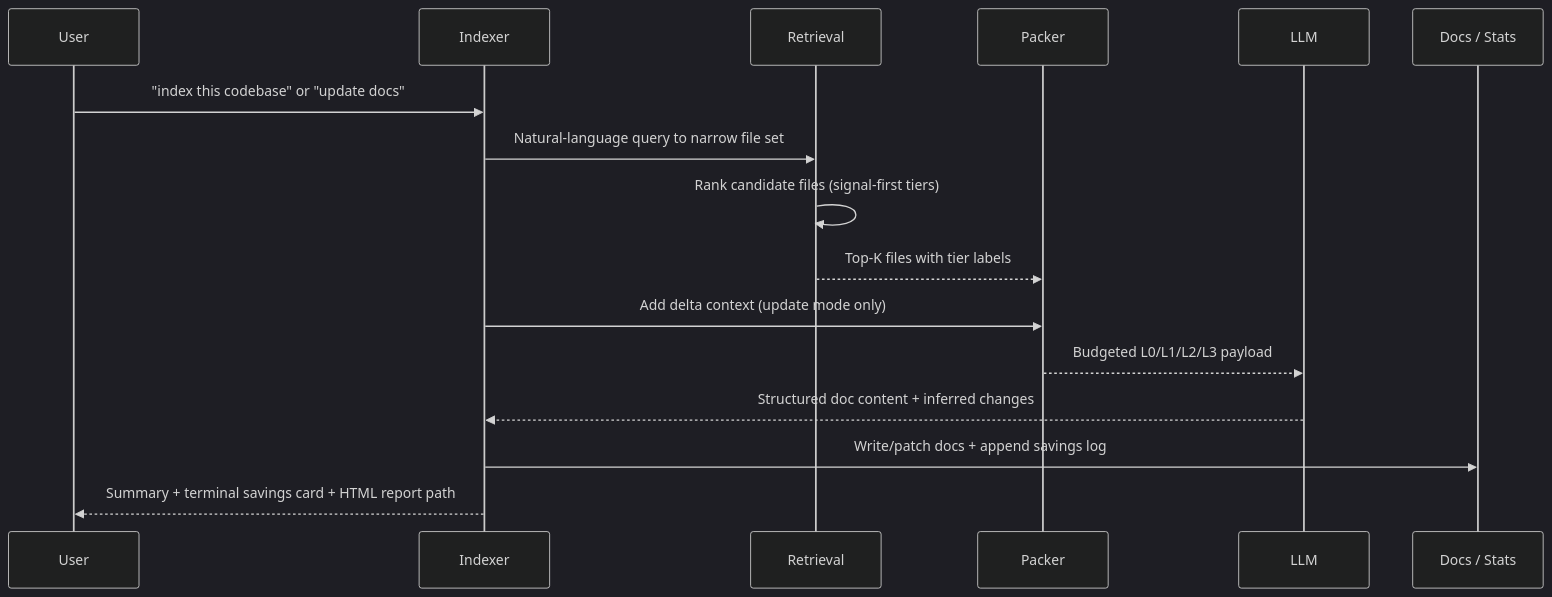
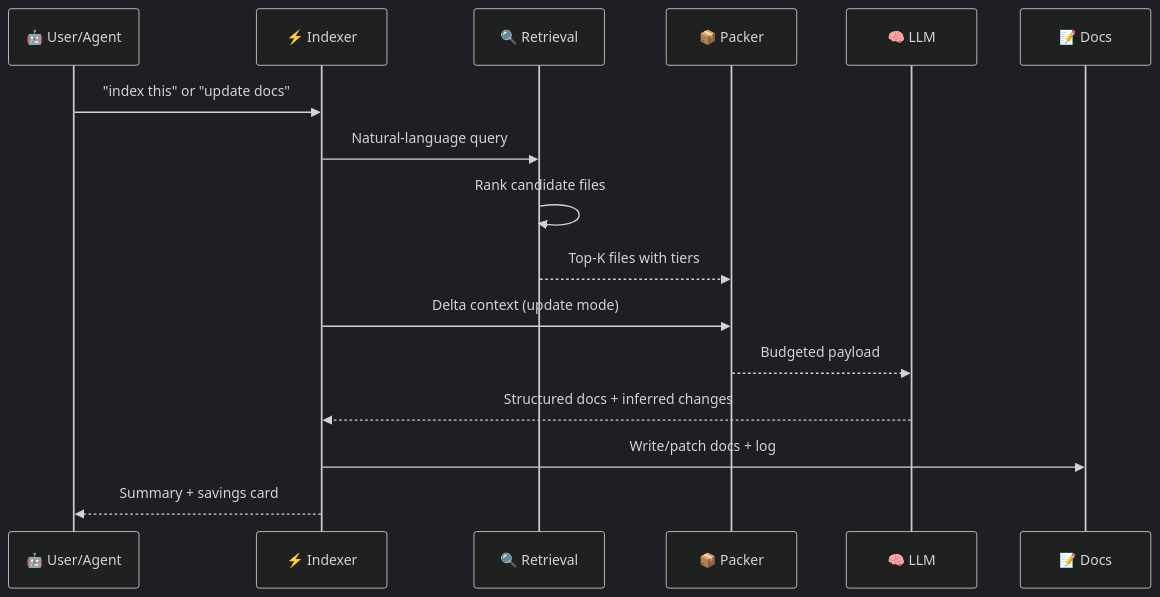
The second of 2 diagrams in README.md (Elvis020/codebase-indexer), drawn with Mermaid (dark theme) before and after one commit. The commit also changed other lines of this file and 1 other file, not shown here.

````diff
--- a/README.md
+++ b/README.md
@@ -161,19 +181,19 @@
 ```mermaid
 sequenceDiagram
-    participant U as User
-    participant I as Indexer
-    participant R as Retrieval
-    participant P as Packer
-    participant L as LLM
-    participant D as Docs / Stats
+    participant U as 🤖 User/Agent
+    participant I as ⚡ Indexer
+    participant R as 🔍 Retrieval
+    participant P as 📦 Packer
+    participant L as 🧠 LLM
+    participant D as 📝 Docs
 
-    U->>I: "index this codebase" or "update docs"
-    I->>R: Natural-language query to narrow file set
-    R->>R: Rank candidate files (signal-first tiers)
-    R-->>P: Top-K files with tier labels
-    I->>P: Add delta context (update mode only)
-    P-->>L: Budgeted L0/L1/L2/L3 payload
-    L-->>I: Structured doc content + inferred changes
-    I->>D: Write/patch docs + append savings log
-    I-->>U: Summary + terminal savings card + HTML report path
+    U->>I: "index this" or "update docs"
+    I->>R: Natural-language query
+    R->>R: Rank candidate files
+    R-->>P: Top-K files with tiers
+    I->>P: Delta context (update mode)
+    P-->>L: Budgeted payload
+    L-->>I: Structured docs + inferred changes
+    I->>D: Write/patch docs + log
+    I-->>U: Summary + savings card
 ```
````
